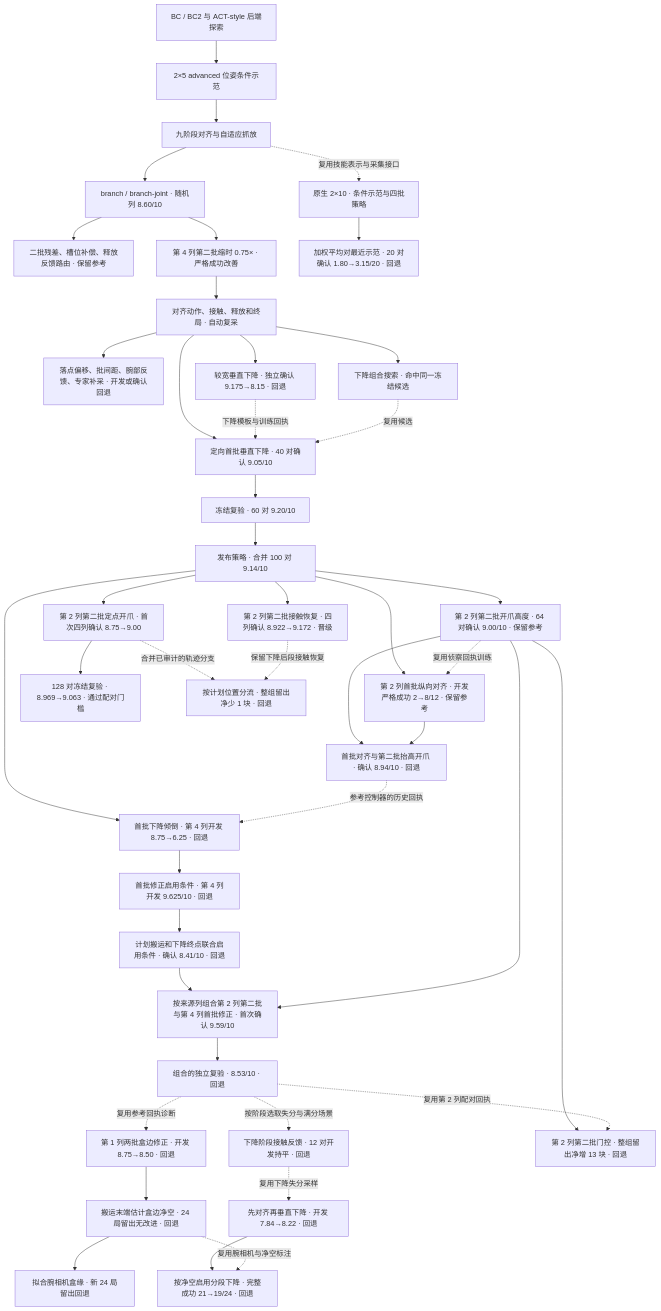
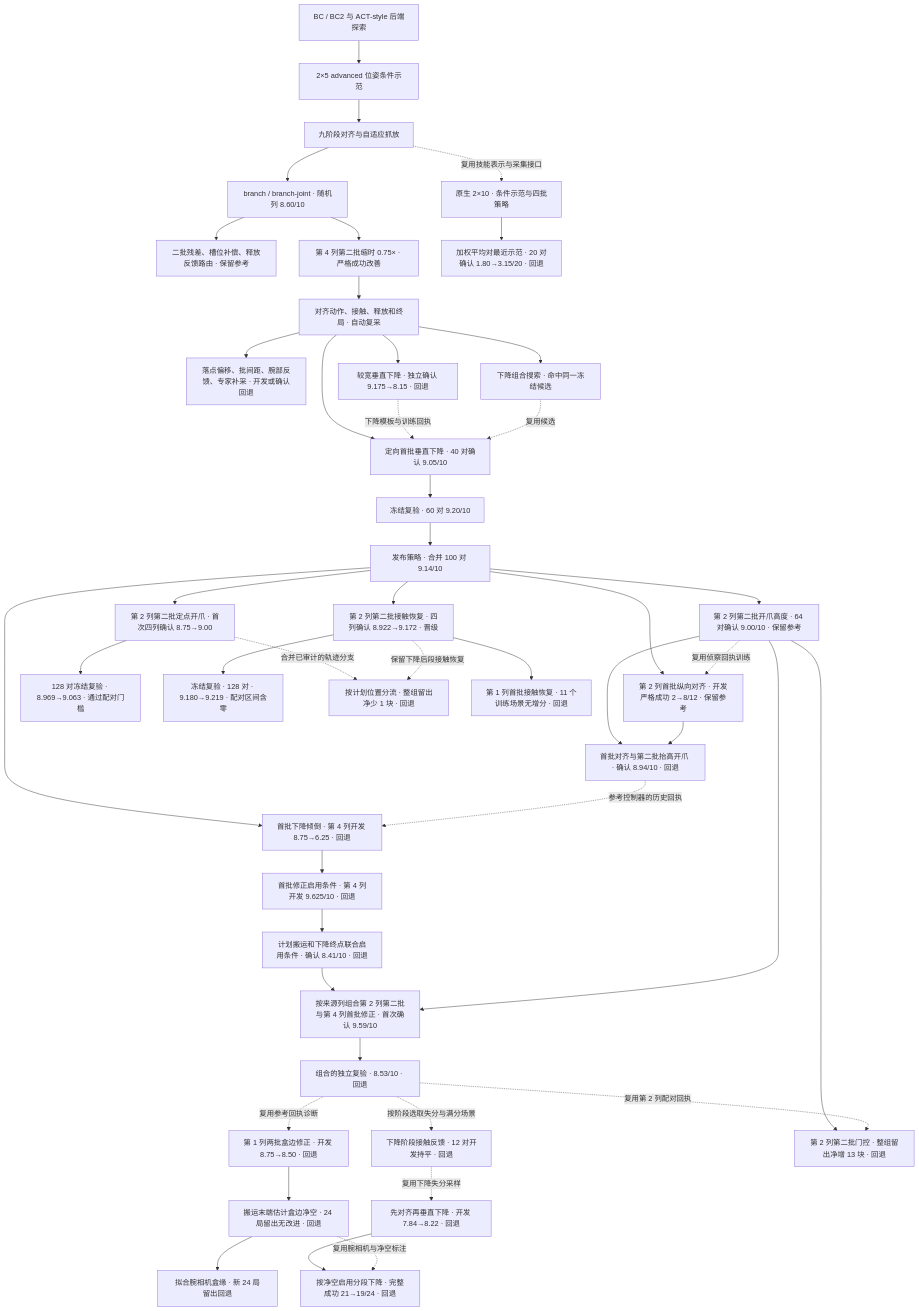
One commit to haiyouxiaji/a3-agent-optimizer changed the second of 2 diagrams in docs/A3_EXPERIMENT_TREE.md. Above: the diagram before and after it, drawn with Mermaid. The commit also changed other lines of this file and 18 other files, not shown here.

````diff
--- a/docs/A3_EXPERIMENT_TREE.md
+++ b/docs/A3_EXPERIMENT_TREE.md
@@ -19,45 +19,47 @@
 ```mermaid
 flowchart TD
     BC["BC / BC2 与 ACT-style 后端探索"] --> ADV["2×5 advanced 位姿条件示范"]
     ADV --> PH["九阶段对齐与自适应抓放"]
     PH --> BJ["branch / branch-joint · 随机列 8.60/10"]
     BJ --> REL["二批残差、槽位补偿、释放反馈路由 · 保留参考"]
     BJ --> TIM["第 4 列第二批缩时 0.75× · 严格成功改善"]
     TIM --> DIAG["对齐动作、接触、释放和终局 · 自动复采"]
     DIAG --> OFF["落点偏移、批间距、腕部反馈、专家补采 · 开发或确认回退"]
     DIAG --> WIDE["较宽垂直下降 · 独立确认 9.175→8.15 · 回退"]
     DIAG --> FOCUS["定向首批垂直下降 · 40 对确认 9.05/10"]
     WIDE -.->|下降模板与训练回执| FOCUS
     DIAG --> DUP["下降组合搜索 · 命中同一冻结候选"]
     DUP -.->|复用候选| FOCUS
     FOCUS --> REP["冻结复验 · 60 对 9.20/10"]
     REP --> BEST["发布策略 · 合并 100 对 9.14/10"]
     BEST --> HOVER["第 2 列第二批开爪高度 · 64 对确认 9.00/10 · 保留参考"]
     BEST --> ROW["第 2 列首批纵向对齐 · 开发严格成功 2→8/12 · 保留参考"]
     HOVER -.->|复用侦察回执训练| ROW
     HOVER --> COMPOSE["首批对齐与第二批抬高开爪 · 确认 8.94/10 · 回退"]
     ROW --> COMPOSE
     BEST --> FIRSTHOVER["首批下降倾倒 · 第 4 列开发 8.75→6.25 · 回退"]
     COMPOSE -.->|参考控制器的历史回执| FIRSTHOVER
     FIRSTHOVER --> GUARD["首批修正启用条件 · 第 4 列开发 9.625/10 · 回退"]
     GUARD --> PROJECT["计划搬运和下降终点联合启用条件 · 确认 8.41/10 · 回退"]
     PROJECT --> ROUTED["按来源列组合第 2 列第二批与第 4 列首批修正 · 首次确认 9.59/10"]
     HOVER --> ROUTED
     ROUTED --> ROUTEDREP["组合的独立复验 · 8.53/10 · 回退"]
     ROUTEDREP -.->|复用参考回执诊断| WALL["第 1 列两批盒边修正 · 开发 8.75→8.50 · 回退"]
     WALL --> SENSE["搬运末端估计盒边净空 · 24 局留出无改进 · 回退"]
     SENSE --> EDGES["拟合腕相机盒缘 · 新 24 局留出回退"]
     ROUTEDREP -.->|按阶段选取失分与满分场景| FORCE["下降阶段接触反馈 · 12 对开发持平 · 回退"]
     HOVER --> LATE["第 2 列第二批门控 · 整组留出净增 13 块 · 回退"]
     ROUTEDREP -.->|复用第 2 列配对回执| LATE
     FORCE -.->|复用下降失分采样| STAGED["先对齐再垂直下降 · 开发 7.84→8.22 · 回退"]
     STAGED --> STAGEDGATE["按净空启用分段下降 · 完整成功 21→19/24 · 回退"]
     SENSE -.->|复用腕相机与净空标注| STAGEDGATE
     BEST --> HOLD["第 2 列第二批定点开爪 · 首次四列确认 8.75→9.00"]
     HOLD --> HOLDREP["128 对冻结复验 · 8.969→9.063 · 通过配对门槛"]
     BEST --> RECOVERY["第 2 列第二批接触恢复 · 四列确认 8.922→9.172 · 晋级"]
+    RECOVERY --> RECOVERYREP["冻结复验 · 128 对 · 9.180→9.219 · 配对区间含零"]
     HOLD -.->|合并已审计的轨迹分支| RELEASEGATE["按计划位置分流 · 整组留出净少 1 块 · 回退"]
     RECOVERY -.->|保留下降后段接触恢复| RELEASEGATE
+    RECOVERY --> FIRSTREC["第 1 列首批接触恢复 · 11 个训练场景无增分 · 回退"]
     PH -.->|复用技能表示与采集接口| TEN["原生 2×10 · 条件示范与四批策略"]
     TEN --> TR["加权平均对最近示范 · 20 对确认 1.80→3.15/20 · 回退"]
 ```
````
